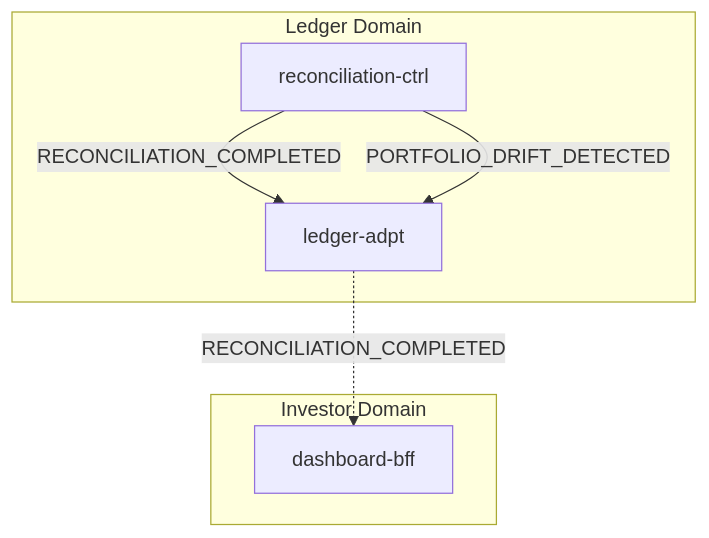
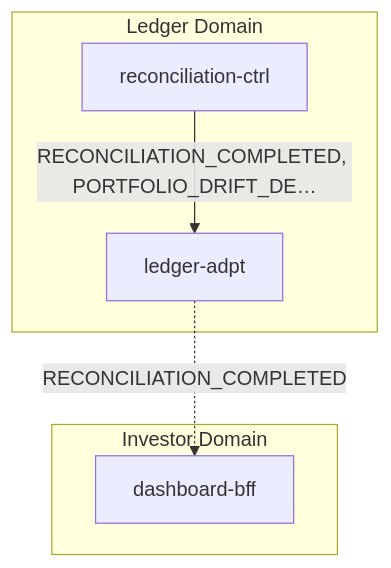
The first of 2 diagrams in docs/data-flows/reconciliation.md (fabio-vitali/nestfolio), drawn with Mermaid before and after one commit. The commit also changed 7 other files, not shown here.

Commit message:
fix: data-flows human readable md generation fixes

````diff
--- a/docs/data-flows/reconciliation.md
+++ b/docs/data-flows/reconciliation.md
@@ -11,13 +11,12 @@
 ```mermaid
 flowchart TD
     subgraph ledger["Ledger Domain"]
         reconciliation_ctrl["reconciliation-ctrl"]
         ledger_adpt["ledger-adpt"]
     end
     subgraph investor["Investor Domain"]
         dashboard_bff["dashboard-bff"]
     end
-    reconciliation_ctrl -->|"RECONCILIATION_COMPLETED"| ledger_adpt
-    reconciliation_ctrl -->|"PORTFOLIO_DRIFT_DETECTED"| ledger_adpt
+    reconciliation_ctrl -->|"RECONCILIATION_COMPLETED, PORTFOLIO_DRIFT_DE…"| ledger_adpt
     ledger_adpt -.->|"RECONCILIATION_COMPLETED"| dashboard_bff
 ```
````
